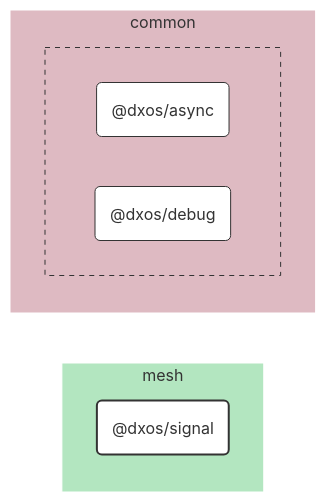
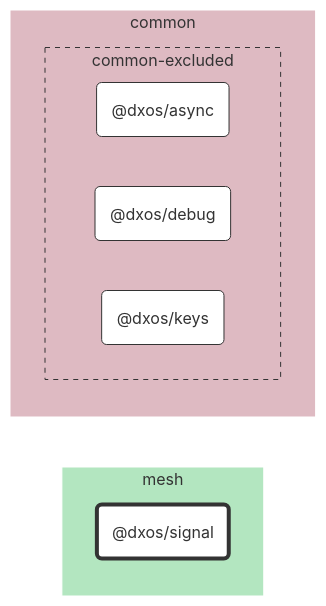
Before and after one commit to dxos/dxos: the diagram in packages/mesh/signal/docs/README.md, drawn with Mermaid. The commit also changed other lines of this file and 683 other files, not shown here.

````diff
--- a/packages/mesh/signal/docs/README.md
+++ b/packages/mesh/signal/docs/README.md
@@ -7,41 +7,34 @@
 ```mermaid
 %%{ init: {'flowchart':{'curve':'basis'}} }%%
 
 flowchart LR
 
-%% Links
+%% Classes
+classDef def fill:#fff,stroke:#333,stroke-width:1px
+classDef root fill:#fff,stroke:#333,stroke-width:4px
 
-%% Sections
-subgraph mesh
-  style mesh fill:#b3e6c0,stroke:#fff;
+%% Nodes
 
-  dxos/signal("@dxos/signal")
+subgraph mesh [mesh]
+  style mesh fill:#b3e6c0,stroke:#fff
+  dxos/signal("@dxos/signal"):::root
+  click dxos/signal "dxos/dxos/tree/main/packages/mesh/signal/docs"
 end
 
-subgraph common
-  style common fill:#debac2,stroke:#fff;
+subgraph common [common]
+  style common fill:#debac2,stroke:#fff
 
-
-  subgraph common-excluded [ ]
-    style common-excluded fill:#debac2,stroke:#333,stroke-dasharray:5 5;
-
-    dxos/async("@dxos/async")
-    dxos/debug("@dxos/debug")
+  subgraph common-excluded [common-excluded]
+    style common-excluded fill:#debac2,stroke:#333,stroke-dasharray:5 5
+    dxos/async("@dxos/async"):::def
+    click dxos/async "dxos/dxos/tree/main/packages/common/async/docs"
+    dxos/debug("@dxos/debug"):::def
+    click dxos/debug "dxos/dxos/tree/main/packages/common/debug/docs"
+    dxos/keys("@dxos/keys"):::def
+    click dxos/keys "dxos/dxos/tree/main/packages/common/keys/docs"
   end
 end
 
-
-%% Hyperlinks
-click dxos/async "dxos/dxos/tree/main/packages/common/async/docs";
-click dxos/debug "dxos/dxos/tree/main/packages/common/debug/docs";
-
-%% Styles
-classDef rootNode fill:#fff,stroke:#333,stroke-width:2px
-classDef defaultNode fill:#fff,stroke:#333,stroke-width:1px
+%% Links
 linkStyle default stroke:#333,stroke-width:1px
-
-dxos/signal:::rootNode
-
-dxos/async:::defaultNode
-dxos/debug:::defaultNode
 ```
````
